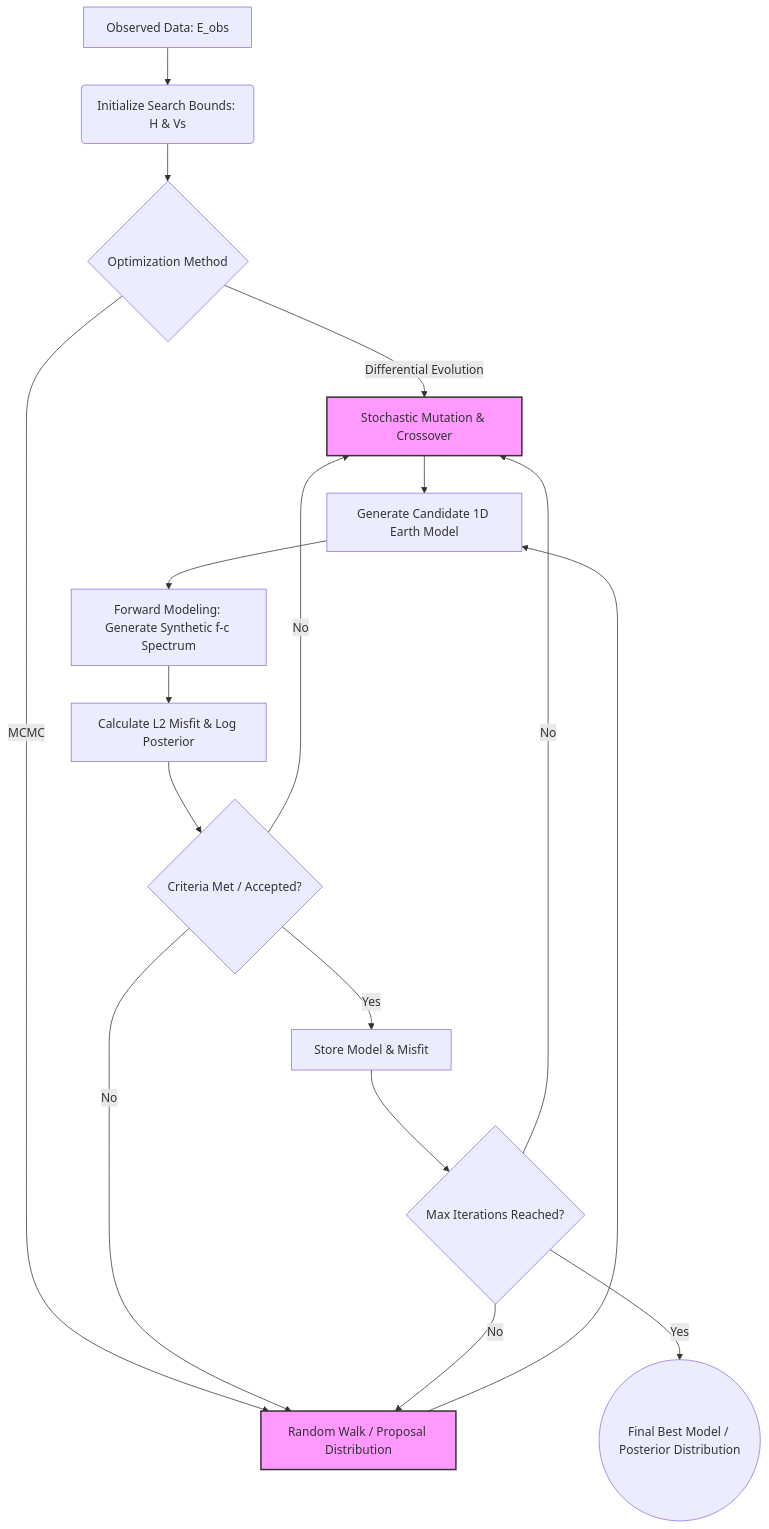
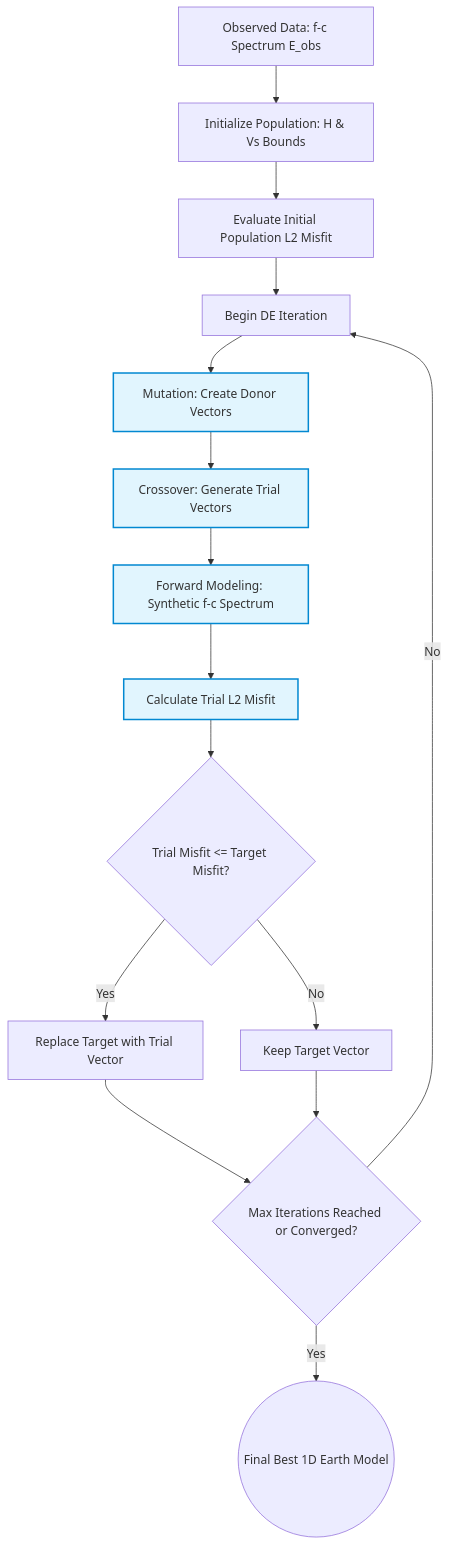
Before and after one commit to yudhastyawan/seiswave: the first of 2 diagrams in README.md, drawn with Mermaid. The commit also changed other lines of this file, not shown here.

Commit message:
docs: split and expand inversion workflow into DE and MCMC flowcharts

````diff
--- a/README.md
+++ b/README.md
@@ -33,28 +35,20 @@
 ```mermaid
 graph TD
-    A[Observed Data: E_obs] --> B(Initialize Search Bounds: H & Vs)
-    B --> C{Optimization Method}
+    A[Observed Data: f-c Spectrum E_obs] --> B[Initialize Population: H & Vs Bounds]
+    B --> C[Evaluate Initial Population L2 Misfit]
+    C --> D[Begin DE Iteration]
+    D --> E[Mutation: Create Donor Vectors]
+    E --> F[Crossover: Generate Trial Vectors]
+    F --> G[Forward Modeling: Synthetic f-c Spectrum]
+    G --> H[Calculate Trial L2 Misfit]
+    H --> I{Trial Misfit <= Target Misfit?}
+    I -- Yes --> J[Replace Target with Trial Vector]
+    I -- No --> K[Keep Target Vector]
+    J --> L{Max Iterations Reached or Converged?}
+    K --> L
+    L -- No --> D
+    L -- Yes --> M((Final Best 1D Earth Model))
     
-    C -->|Differential Evolution| D[Stochastic Mutation & Crossover]
-    C -->|MCMC| E[Random Walk / Proposal Distribution]
-    
-    D --> F[Generate Candidate 1D Earth Model]
-    E --> F
-    
-    F --> G[Forward Modeling: Generate Synthetic f-c Spectrum]
-    G --> H[Calculate L2 Misfit & Log Posterior]
-    
-    H --> I{Criteria Met / Accepted?}
-    I -- No --> D
-    I -- No --> E
-    
-    I -- Yes --> J[Store Model & Misfit]
-    J --> K{Max Iterations Reached?}
-    
-    K -- Yes --> L((Final Best Model / Posterior Distribution))
-    K -- No --> D
-    K -- No --> E
-
-    classDef method fill:#f9f,stroke:#333,stroke-width:2px;
-    class D,E method;
+    classDef process fill:#e1f5fe,stroke:#0288d1,stroke-width:2px;
+    class E,F,G,H process;
 ```
````
